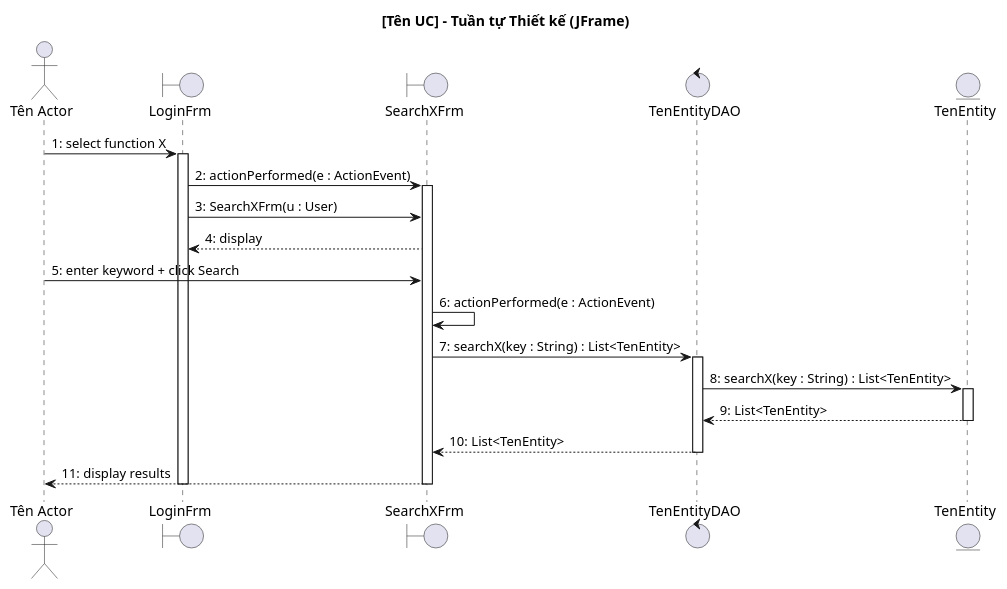
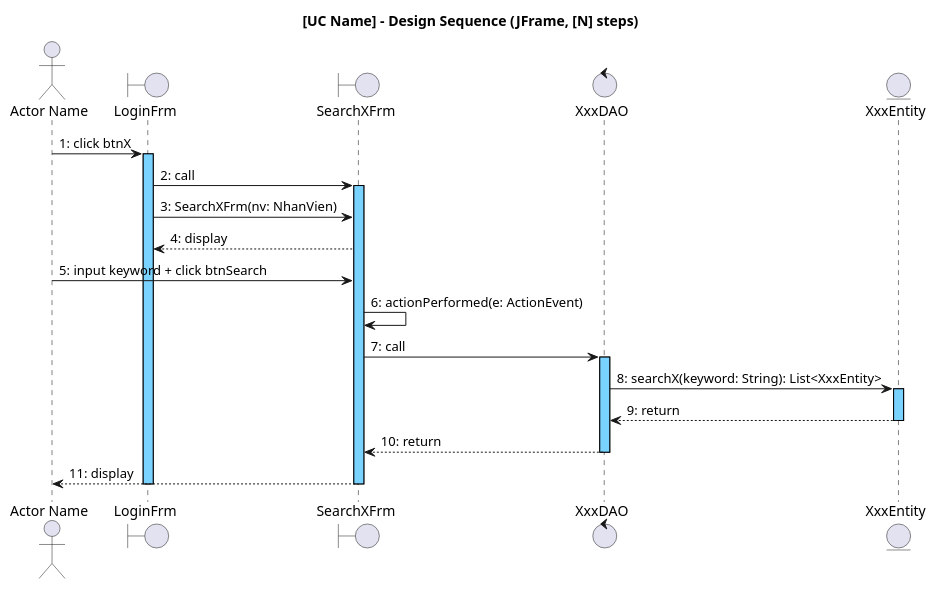
The first of 2 diagrams in .claude/skills/cnpm/references/iii.4_tuantu_thietke.md (thanhtrnnn/cnpm), drawn with PlantUML before and after one commit. The commit also changed other lines of this file and 3 other files, not shown here.

First line of the commit message:
feat(cnpm): add call/return/method() arrow convention + rewrite BCE ii.3

````diff
--- a/.claude/skills/cnpm/references/iii.4_tuantu_thietke.md
+++ b/.claude/skills/cnpm/references/iii.4_tuantu_thietke.md
@@ -65,31 +75,36 @@
 ```plantuml
 @startuml
-title [Tên UC] – Tuần tự Thiết kế (JFrame)
+skinparam shadowing false
+skinparam SequenceMessageAlign left
+skinparam SequenceLifeLineBackgroundColor #7AD2FF
+skinparam SequenceLifeLineBorderColor #000000
 
-actor "Tên Actor" as Actor
+title [UC Name] – Design Sequence (JFrame, [N] steps)
+
+actor "Actor Name" as Actor
 boundary LoginFrm
 boundary SearchXFrm
-control TenEntityDAO
-entity TenEntity
+control XxxDAO
+entity XxxEntity
 
-Actor -> LoginFrm : 1: select function X
+Actor -> LoginFrm : 1: click btnX
 activate LoginFrm
-LoginFrm -> SearchXFrm : 2: actionPerformed(e : ActionEvent)
+LoginFrm -> SearchXFrm : 2: call
 activate SearchXFrm
-LoginFrm -> SearchXFrm : 3: SearchXFrm(u : User)
+LoginFrm -> SearchXFrm : 3: SearchXFrm(nv: NhanVien)
 SearchXFrm --> LoginFrm : 4: display
-Actor -> SearchXFrm : 5: enter keyword + click Search
-SearchXFrm -> SearchXFrm : 6: actionPerformed(e : ActionEvent)
-SearchXFrm -> TenEntityDAO : 7: searchX(key : String) : List<TenEntity>
-activate TenEntityDAO
-TenEntityDAO -> TenEntity : 8: searchX(key : String) : List<TenEntity>
-activate TenEntity
-TenEntity --> TenEntityDAO : 9: List<TenEntity>
-deactivate TenEntity
-TenEntityDAO --> SearchXFrm : 10: List<TenEntity>
-deactivate TenEntityDAO
-SearchXFrm --> Actor : 11: display results
+Actor -> SearchXFrm : 5: input keyword + click btnSearch
+SearchXFrm -> SearchXFrm : 6: actionPerformed(e: ActionEvent)
+SearchXFrm -> XxxDAO : 7: call
+activate XxxDAO
+XxxDAO -> XxxEntity : 8: searchX(keyword: String): List<XxxEntity>
+activate XxxEntity
+XxxEntity --> XxxDAO : 9: return
+deactivate XxxEntity
+XxxDAO --> SearchXFrm : 10: return
+deactivate XxxDAO
+SearchXFrm --> Actor : 11: display
 deactivate SearchXFrm
 deactivate LoginFrm
 @enduml
 ```
````
